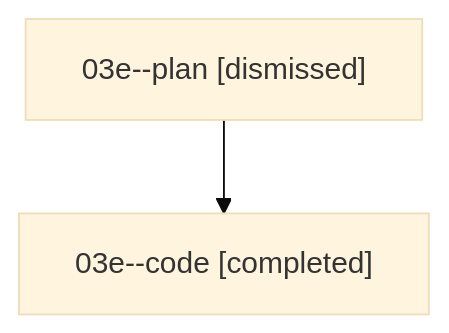
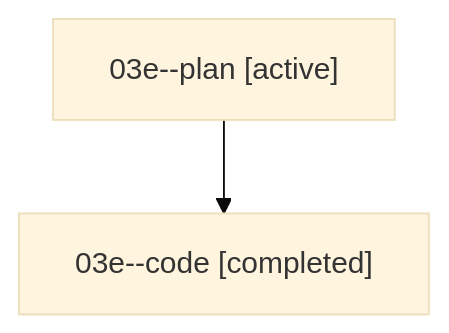
The diagram in families/bbugyi200.athena.03e.md (sase-org/sase--agents), drawn with Mermaid (base theme) before and after one commit. The commit also changed other lines of this file and 35830 other files, not shown here.

````diff
--- a/families/bbugyi200.athena.03e.md
+++ b/families/bbugyi200.athena.03e.md
@@ -9,6 +9,6 @@
 ```mermaid
 flowchart TD
-  n0["03e--plan [dismissed]"]
+  n0["03e--plan [active]"]
   n1["03e--code [completed]"]
   n0 --> n1
 ```
````
